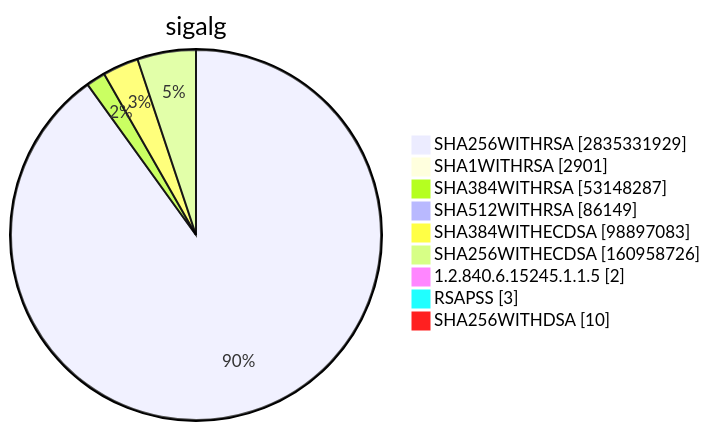
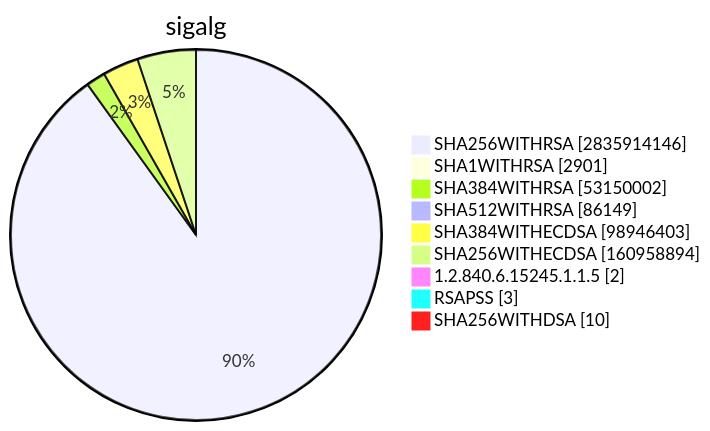
Before and after one commit to christiankrug/ctmonitor_visualization: diagram 15 of 15 in TOTAL/README.md, drawn with Mermaid. The commit also changed other lines of this file, not shown here.

````diff
--- a/TOTAL/README.md
+++ b/TOTAL/README.md
@@ -6207,13 +6207,13 @@
 ```mermaid
 pie showData
 title sigalg
-"SHA256WITHRSA" :2835331929
+"SHA256WITHRSA" :2835914146
 "SHA1WITHRSA" :2901
-"SHA384WITHRSA" :53148287
+"SHA384WITHRSA" :53150002
 "SHA512WITHRSA" :86149
-"SHA384WITHECDSA" :98897083
-"SHA256WITHECDSA" :160958726
+"SHA384WITHECDSA" :98946403
+"SHA256WITHECDSA" :160958894
 "1.2.840.6.15245.1.1.5" :2
 "RSAPSS" :3
 "SHA256WITHDSA" :10
 ```
````
